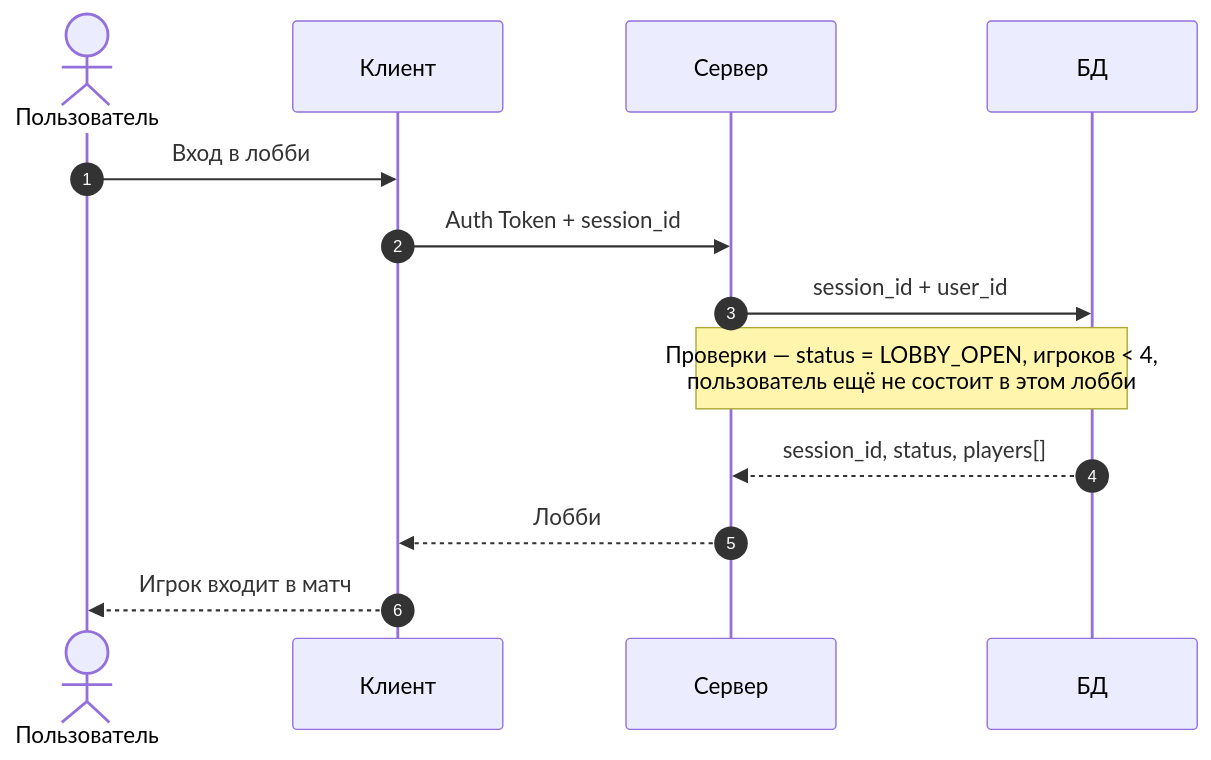
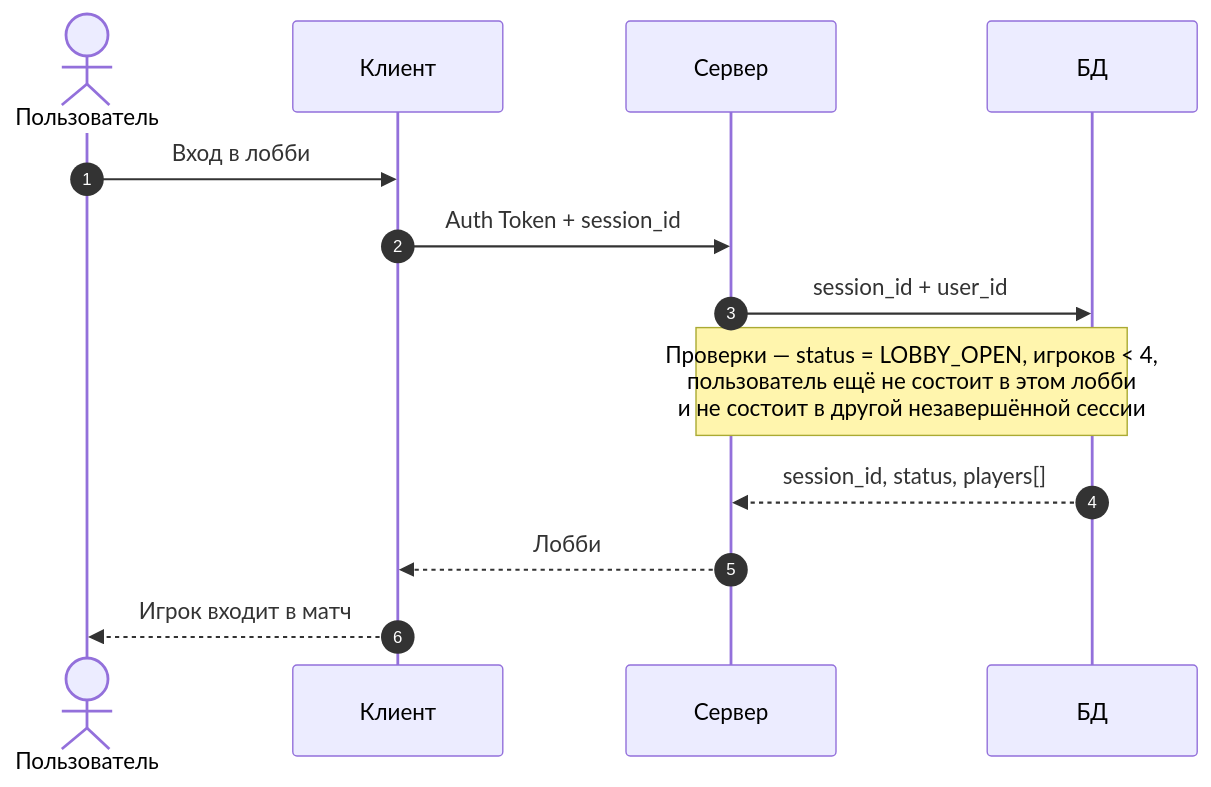
Before and after one commit to seventwogth/databases-itmo: the sixth of 11 diagrams in docs/api-schema.md, drawn with Mermaid. The commit also changed 4 other files, not shown here.

````diff
--- a/docs/api-schema.md
+++ b/docs/api-schema.md
@@ -110,16 +110,16 @@
 ```mermaid
 sequenceDiagram
     autonumber
     actor U as Пользователь
     participant C as Клиент
     participant S as Сервер
     participant DB as БД
 
     U->>C: Вход в лобби
     C->>S: Auth Token + session_id
     S->>DB: session_id + user_id
-    Note over S,DB: Проверки — status = LOBBY_OPEN, игроков < 4,<br/>пользователь ещё не состоит в этом лобби
+    Note over S,DB: Проверки — status = LOBBY_OPEN, игроков < 4,<br/>пользователь ещё не состоит в этом лобби<br/>и не состоит в другой незавершённой сессии
     DB-->>S: session_id, status, players[]
     S-->>C: Лобби
     C-->>U: Игрок входит в матч
 ```
````
